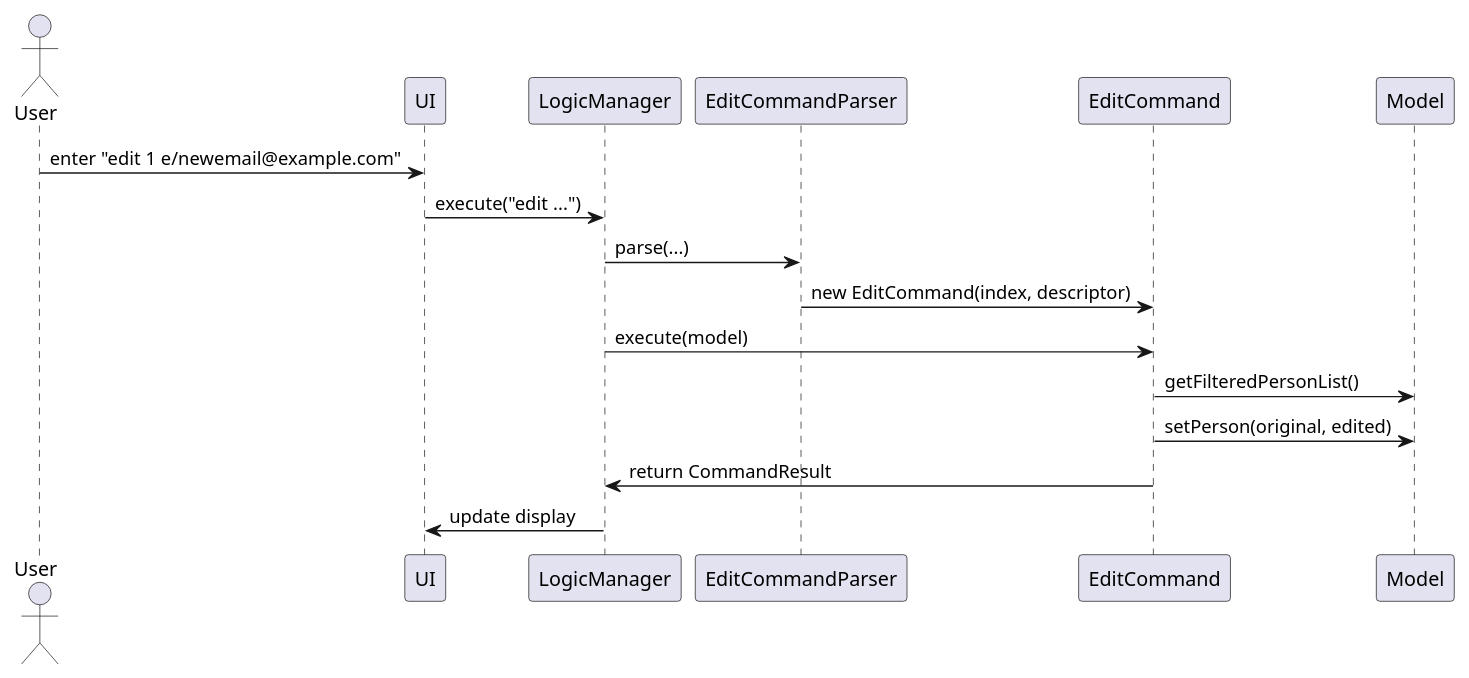
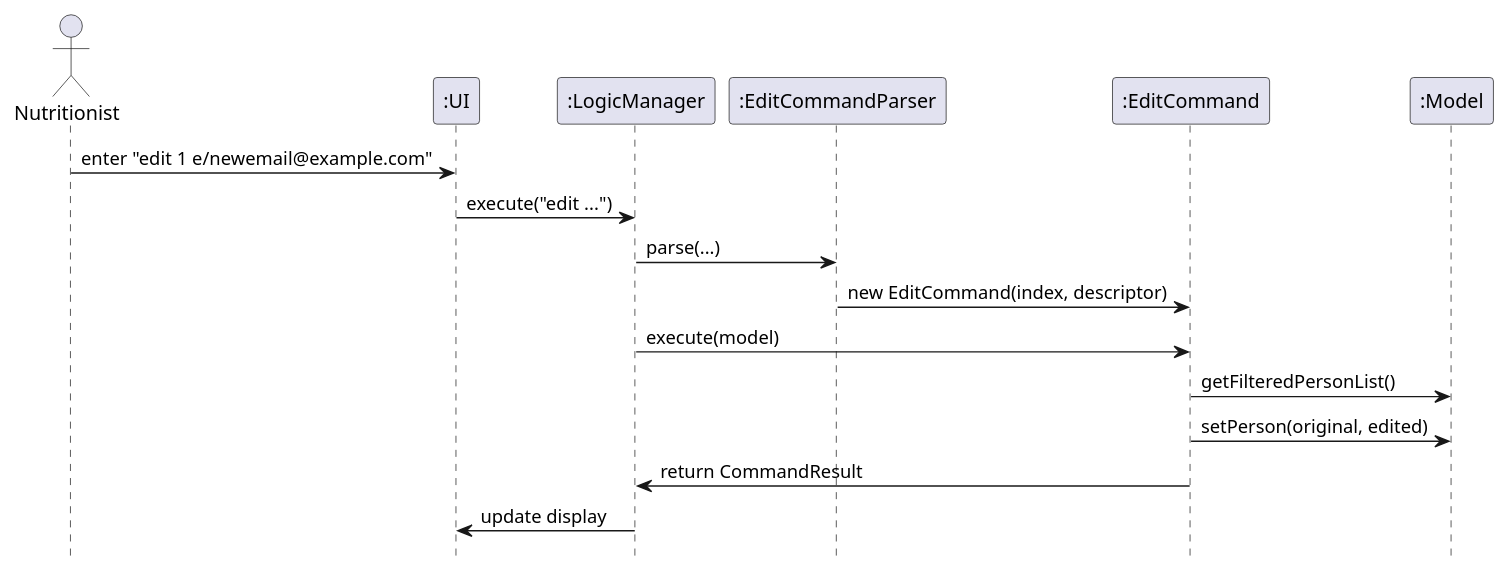
The diagram in diagrams/EditCommandSequenceDiagram.puml (NoahKoh/tp), drawn with PlantUML before and after one commit. The commit also changed 32 other files, not shown here.

```diff
--- a/diagrams/EditCommandSequenceDiagram.puml
+++ b/diagrams/EditCommandSequenceDiagram.puml
@@ -1,18 +1,20 @@
 @startuml
-actor User
-participant UI
-participant LogicManager
-participant EditCommandParser
-participant EditCommand
-participant Model
+actor Nutritionist
+participant ":UI" as UI
+participant ":LogicManager" as LogicManager
+participant ":EditCommandParser" as EditCommandParser
+participant ":EditCommand" as EditCommand
+participant ":Model" as Model
 
-User -> UI : enter "edit 1 e/newemail@example.com"
+Nutritionist -> UI : enter "edit 1 e/newemail@example.com"
 UI -> LogicManager : execute("edit ...")
 LogicManager -> EditCommandParser : parse(...)
 EditCommandParser -> EditCommand : new EditCommand(index, descriptor)
 LogicManager -> EditCommand : execute(model)
 EditCommand -> Model : getFilteredPersonList()
 EditCommand -> Model : setPerson(original, edited)
 EditCommand -> LogicManager : return CommandResult
 LogicManager -> UI : update display
+
+hide footbox
 @enduml
```
